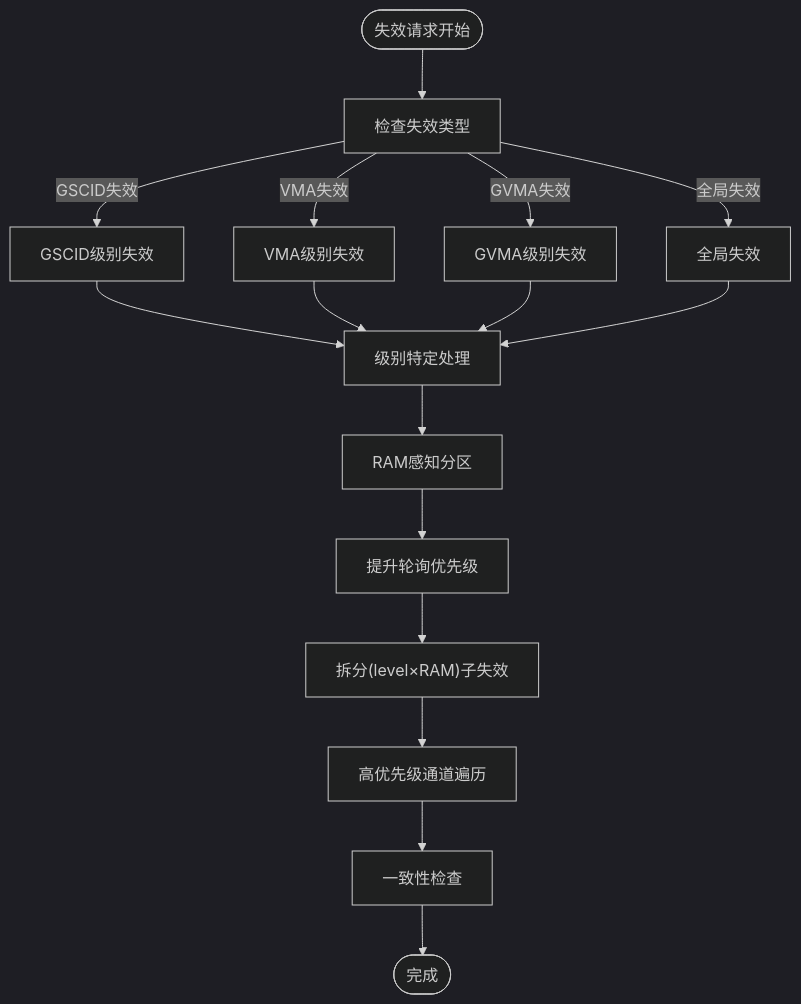
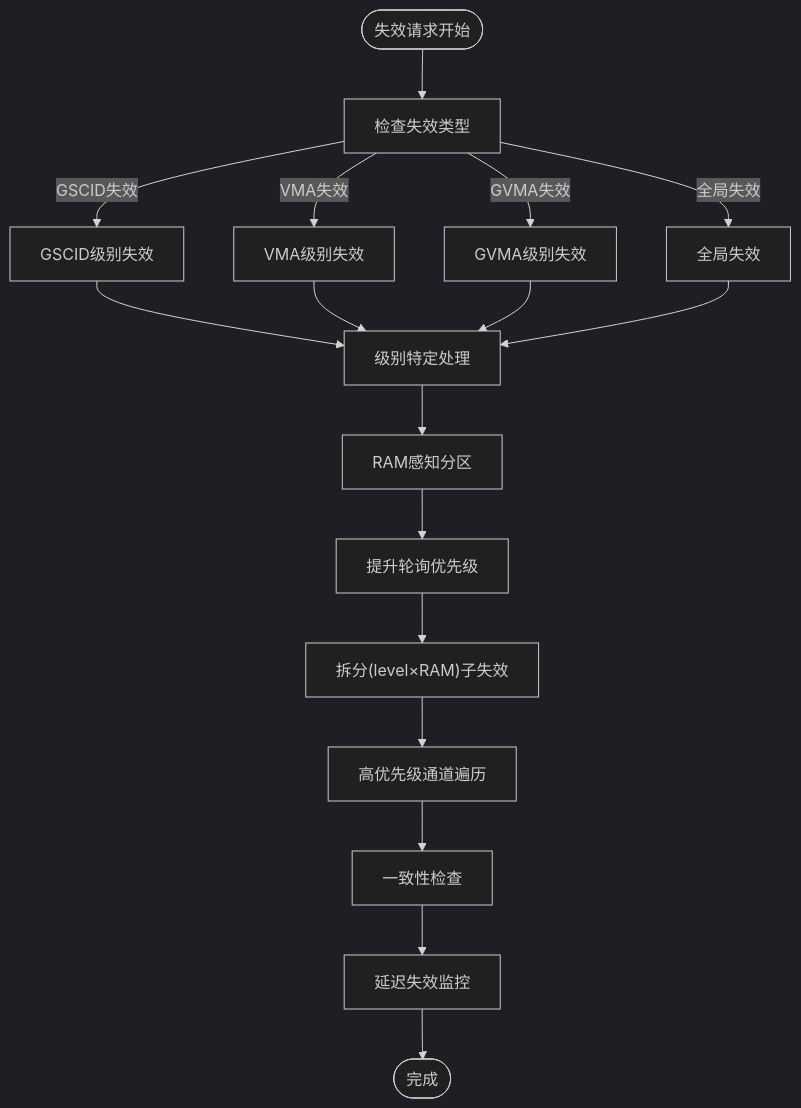
The sixth of 14 diagrams in .qoder/repowiki/zh/content/缓存系统/Walker缓存（地址转换遍历器缓存）.md (jiangjiang1122/iommu_model_20260401_v1), drawn with Mermaid (dark theme) before and after one commit. The commit also changed other lines of this file and 159 other files, not shown here.

Commit message:
chore: 更新知识库文档 + 新增PTW并发分析图表与数据文件

````diff
--- a/.qoder/repowiki/zh/content/缓存系统/Walker缓存（地址转换遍历器缓存）.md
+++ b/.qoder/repowiki/zh/content/缓存系统/Walker缓存（地址转换遍历器缓存）.md
@@ -339,18 +362,19 @@
 ```mermaid
 flowchart TD
 Start([失效请求开始]) --> CheckType["检查失效类型"]
 CheckType --> |GSCID失效| GSCIDPath["GSCID级别失效"]
 CheckType --> |VMA失效| VMAPath["VMA级别失效"]
 CheckType --> |GVMA失效| GVMAPath["GVMA级别失效"]
 CheckType --> |全局失效| GlobalPath["全局失效"]
 GSCIDPath --> LevelSpecific["级别特定处理"]
 VMAPath --> LevelSpecific
 GVMAPath --> LevelSpecific
 GlobalPath --> LevelSpecific
 LevelSpecific --> RAMPartition["RAM感知分区"]
 RAMPartition --> PriorityElevate["提升轮询优先级"]
 PriorityElevate --> SplitOps["拆分(level×RAM)子失效"]
 SplitOps --> HighPriorityChannel["高优先级通道遍历"]
 HighPriorityChannel --> CoherenceCheck["一致性检查"]
-CoherenceCheck --> Complete([完成])
+CoherenceCheck --> LazyMonitor["延迟失效监控"]
+LazyMonitor --> Complete([完成])
 ```
````
